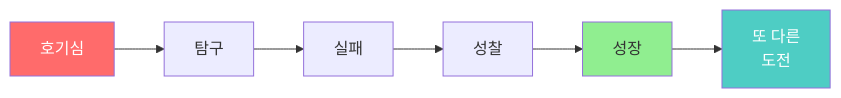
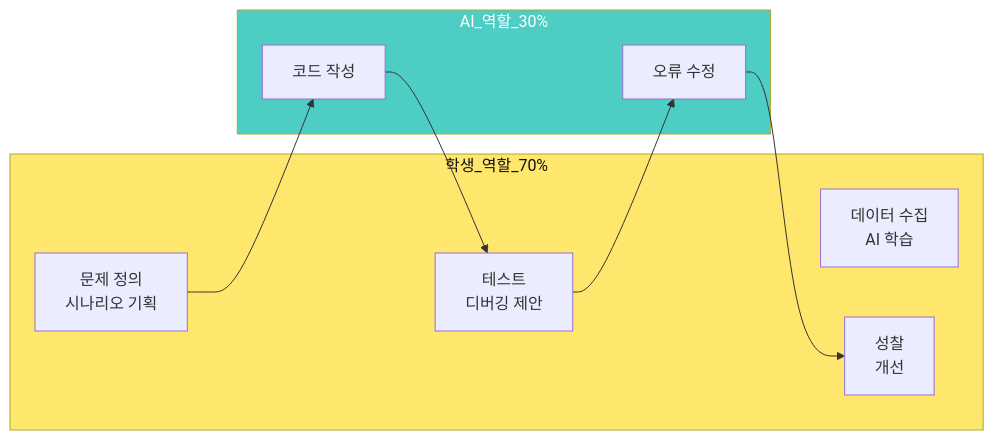
The second of 2 diagrams in README.md (Collegenie-X/Smart_Factory_Arms_Project), drawn with Mermaid before and after one commit. The commit also changed other lines of this file and 1 other file, not shown here.

````diff
--- a/README.md
+++ b/README.md
@@ -441,12 +73,22 @@
 ```mermaid
 graph LR
-    A[호기심] --> B[탐구]
-    B --> C[실패]
-    C --> D[성찰]
-    D --> E[성장]
-    E --> F[또 다른<br/>도전]
+    subgraph 학생_역할_70%
+        A[문제 정의<br/>시나리오 기획]
+        B[데이터 수집<br/>AI 학습]
+        C[테스트<br/>디버깅 제안]
+        D[성찰<br/>개선]
+    end
     
-    style A fill:#FF6B6B,color:#fff
-    style E fill:#90EE90
-    style F fill:#4ECDC4,color:#fff
+    subgraph AI_역할_30%
+        E[코드 작성]
+        F[오류 수정]
+    end
+    
+    A --> E
+    E --> C
+    C --> F
+    F --> D
+    
+    style 학생_역할_70% fill:#FFE66D,color:#111
+    style AI_역할_30% fill:#4ECDC4,color:#fff
 ```
````
